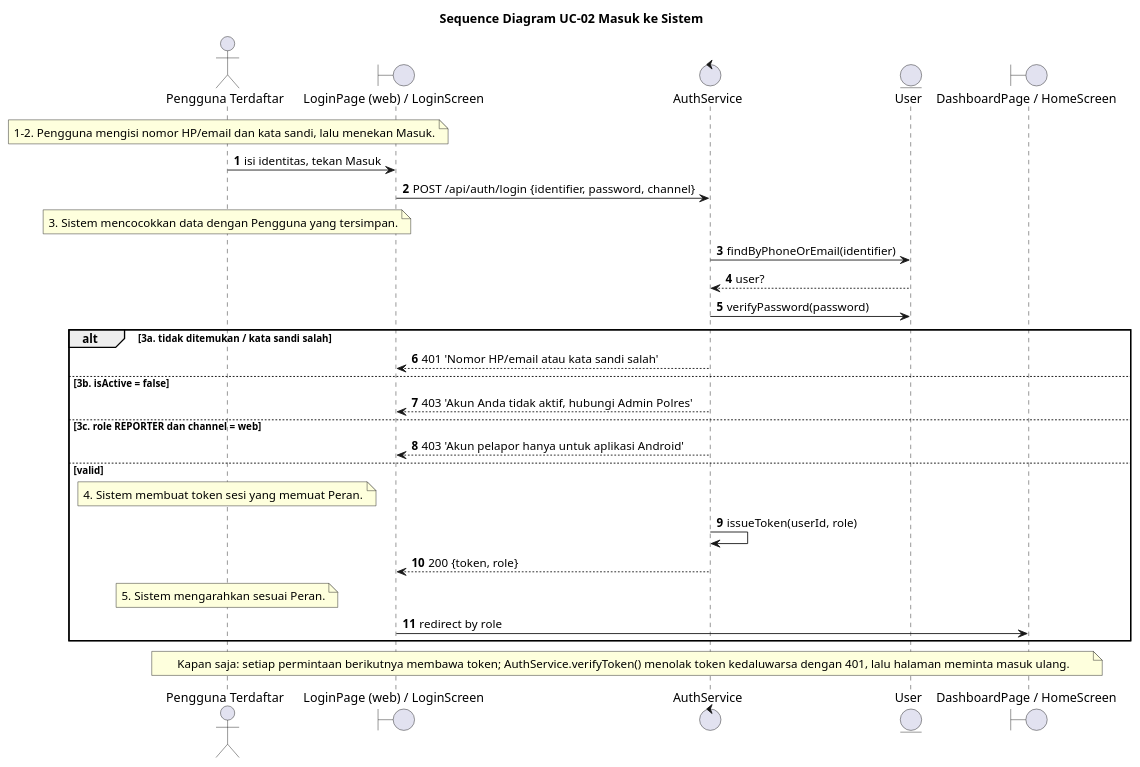
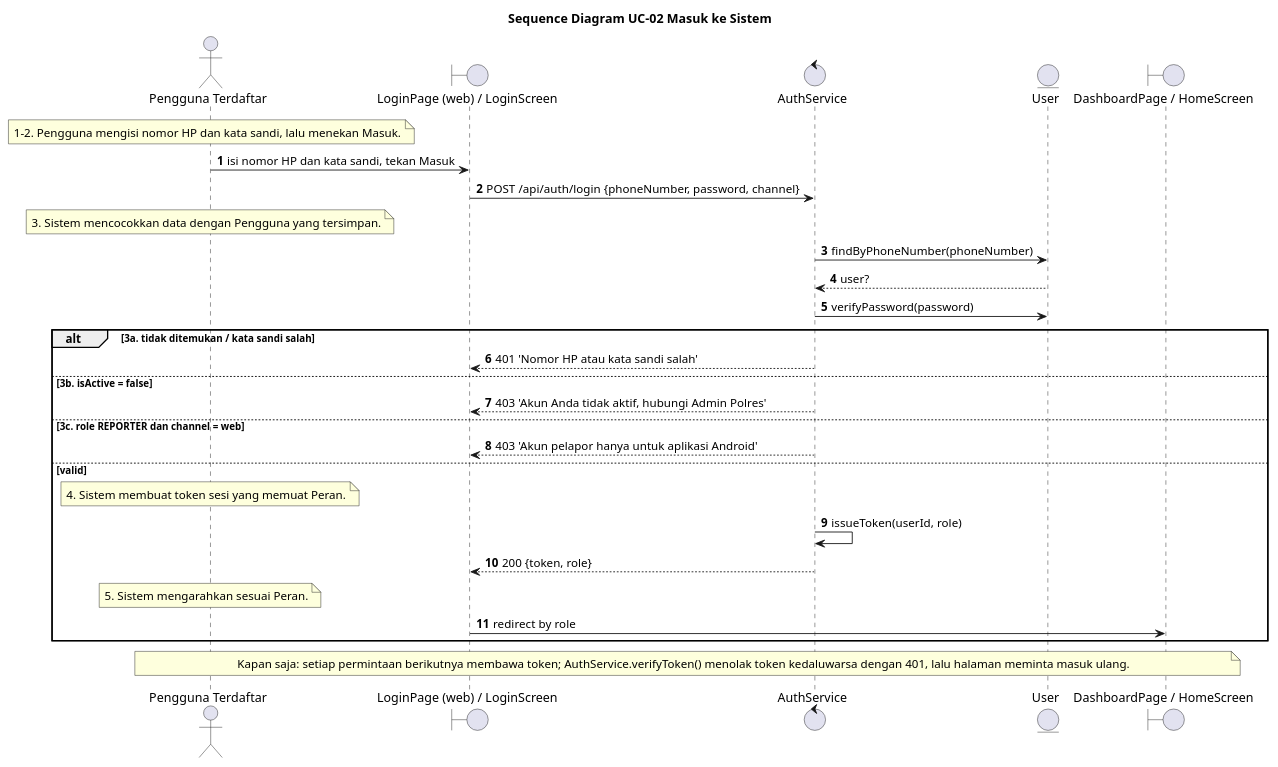
One commit to wirapatigilang/laporapi-api-web changed the diagram in specs/002-uc02-sign-in/iconix/uc02-sequence.puml. Above: the diagram before and after it, drawn with PlantUML. The commit also changed 33 other files, not shown here.

First line of the commit message:
Masuk dengan nomor HP + kata sandi, email dihapus (UC-01, UC-02)

```diff
--- a/specs/002-uc02-sign-in/iconix/uc02-sequence.puml
+++ b/specs/002-uc02-sign-in/iconix/uc02-sequence.puml
@@ -1,30 +1,30 @@
 @startuml
 title Sequence Diagram UC-02 Masuk ke Sistem
 autonumber
 actor "Pengguna Terdaftar" as usr
 boundary "LoginPage (web) / LoginScreen" as hal
 control "AuthService" as auth
 entity "User" as png
 boundary "DashboardPage / HomeScreen" as dsb
-note over usr : 1–2. Pengguna mengisi nomor HP/email dan kata sandi, lalu menekan Masuk.
-usr -> hal : isi identitas, tekan Masuk
-hal -> auth : POST /api/auth/login {identifier, password, channel}
+note over usr : 1–2. Pengguna mengisi nomor HP dan kata sandi, lalu menekan Masuk.
+usr -> hal : isi nomor HP dan kata sandi, tekan Masuk
+hal -> auth : POST /api/auth/login {phoneNumber, password, channel}
 note over usr : 3. Sistem mencocokkan data dengan Pengguna yang tersimpan.
-auth -> png : findByPhoneOrEmail(identifier)
+auth -> png : findByPhoneNumber(phoneNumber)
 png --> auth : user?
 auth -> png : verifyPassword(password)
 alt 3a. tidak ditemukan / kata sandi salah
-auth --> hal : 401 'Nomor HP/email atau kata sandi salah'
+auth --> hal : 401 'Nomor HP atau kata sandi salah'
 else 3b. isActive = false
 auth --> hal : 403 'Akun Anda tidak aktif, hubungi Admin Polres'
 else 3c. role REPORTER dan channel = web
 auth --> hal : 403 'Akun pelapor hanya untuk aplikasi Android'
 else valid
 note over usr : 4. Sistem membuat token sesi yang memuat Peran.
 auth -> auth : issueToken(userId, role)
 auth --> hal : 200 {token, role}
 note over usr : 5. Sistem mengarahkan sesuai Peran.
 hal -> dsb : redirect by role
 end
 note across : Kapan saja: setiap permintaan berikutnya membawa token; AuthService.verifyToken() menolak token kedaluwarsa dengan 401, lalu halaman meminta masuk ulang.
 @enduml
```
